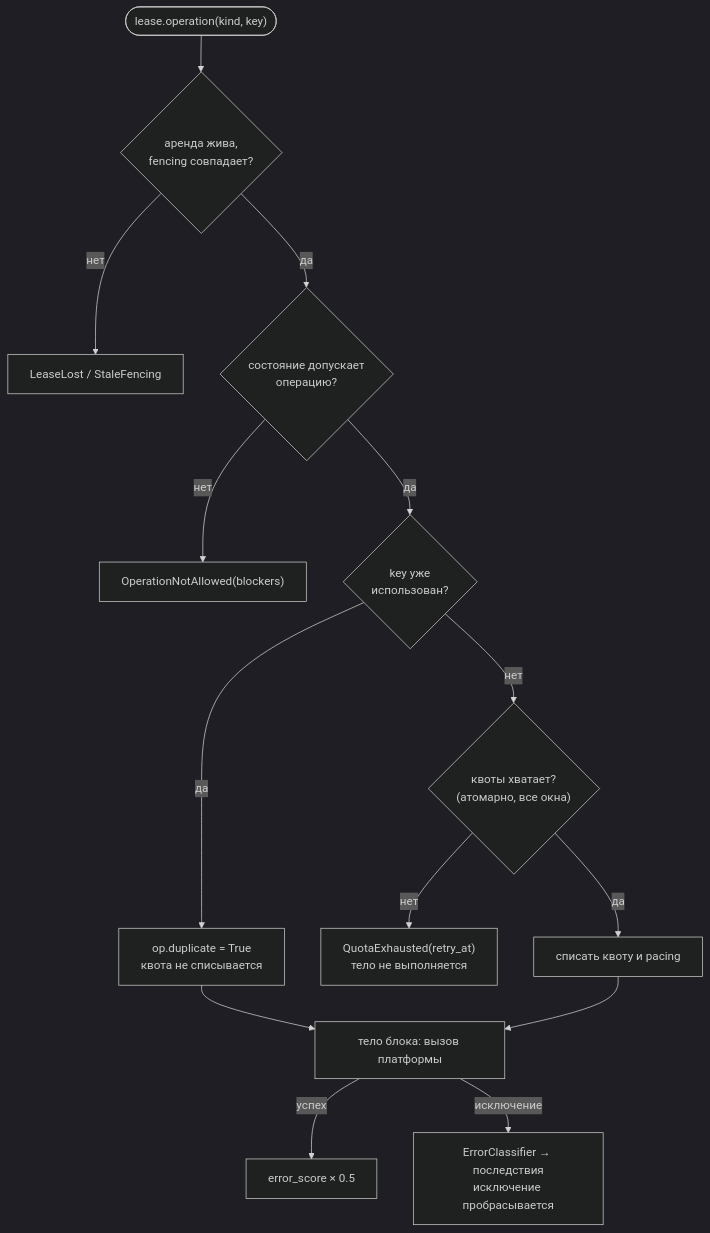
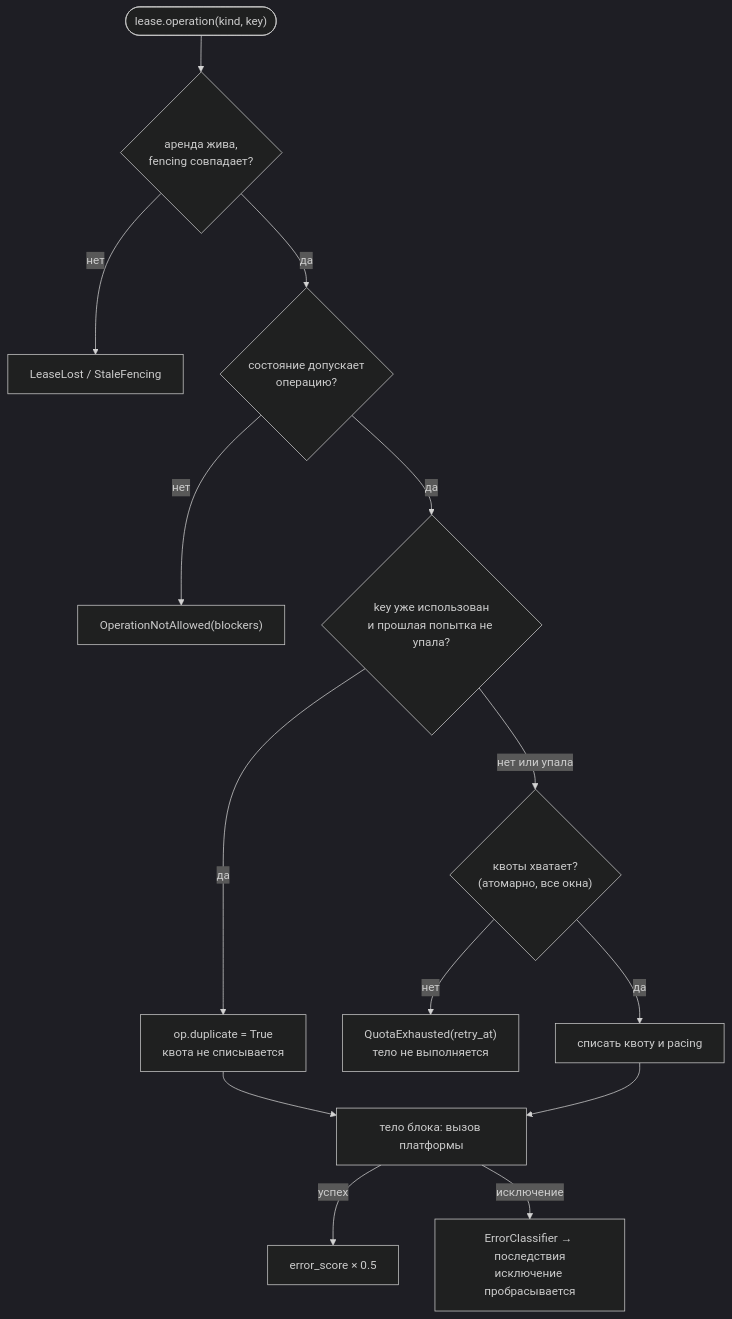
The diagram in docs/guide/08-limits.md (0cherednoq/identity-hub), drawn with Mermaid (dark theme) before and after one commit. The commit also changed other lines of this file and 23 other files, not shown here.

````diff
--- a/docs/guide/08-limits.md
+++ b/docs/guide/08-limits.md
@@ -24,16 +24,16 @@
 ```mermaid
 flowchart TD
     S(["lease.operation(kind, key)"]) --> F{"аренда жива,<br/>fencing совпадает?"}
     F -- нет --> E1["LeaseLost / StaleFencing"]
     F -- да --> A{"состояние допускает<br/>операцию?"}
     A -- нет --> E2["OperationNotAllowed(blockers)"]
-    A -- да --> K{"key уже<br/>использован?"}
+    A -- да --> K{"key уже использован<br/>и прошлая попытка не упала?"}
     K -- да --> D["op.duplicate = True<br/>квота не списывается"]
-    K -- нет --> Q{"квоты хватает?<br/>(атомарно, все окна)"}
+    K -- "нет или упала" --> Q{"квоты хватает?<br/>(атомарно, все окна)"}
     Q -- нет --> E3["QuotaExhausted(retry_at)<br/>тело не выполняется"]
     Q -- да --> P["списать квоту и pacing"]
     D --> B["тело блока: вызов платформы"]
     P --> B
     B -- успех --> OK["error_score × 0.5"]
     B -- исключение --> CL["ErrorClassifier → последствия<br/>исключение пробрасывается"]
 ```
````
